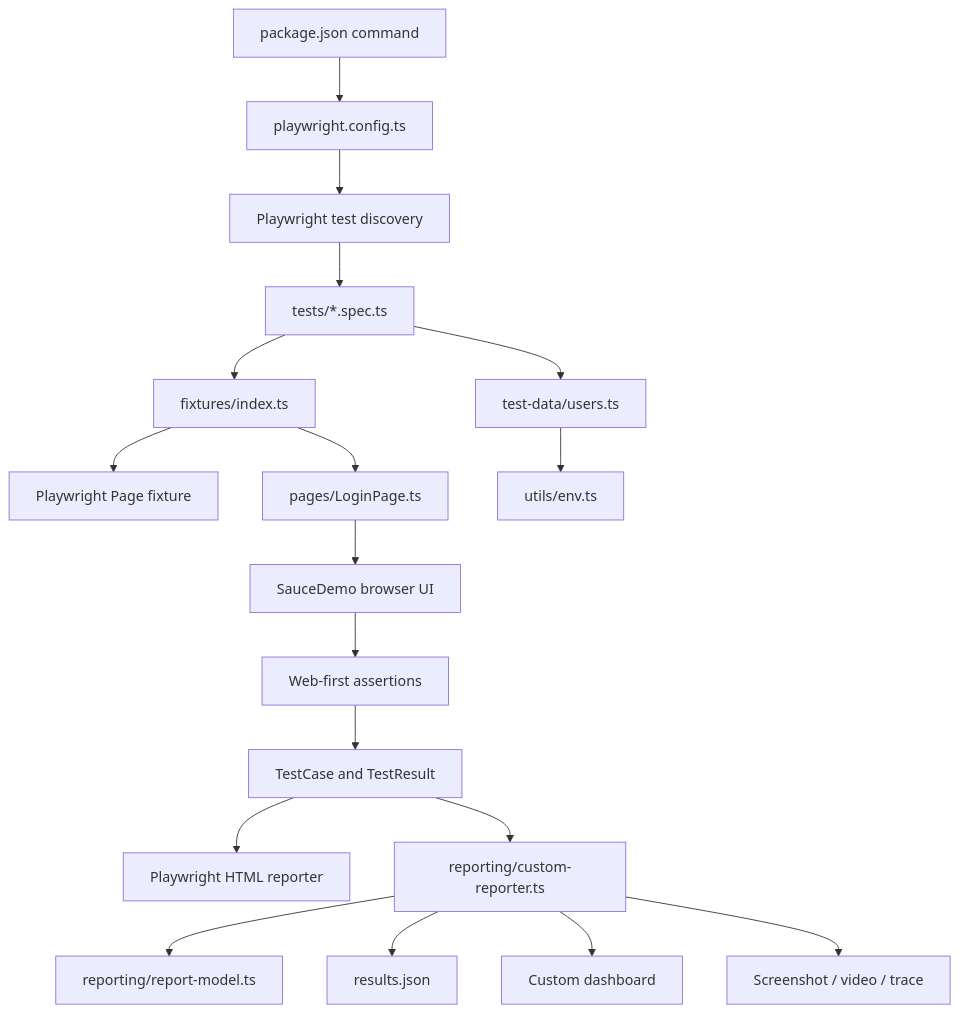
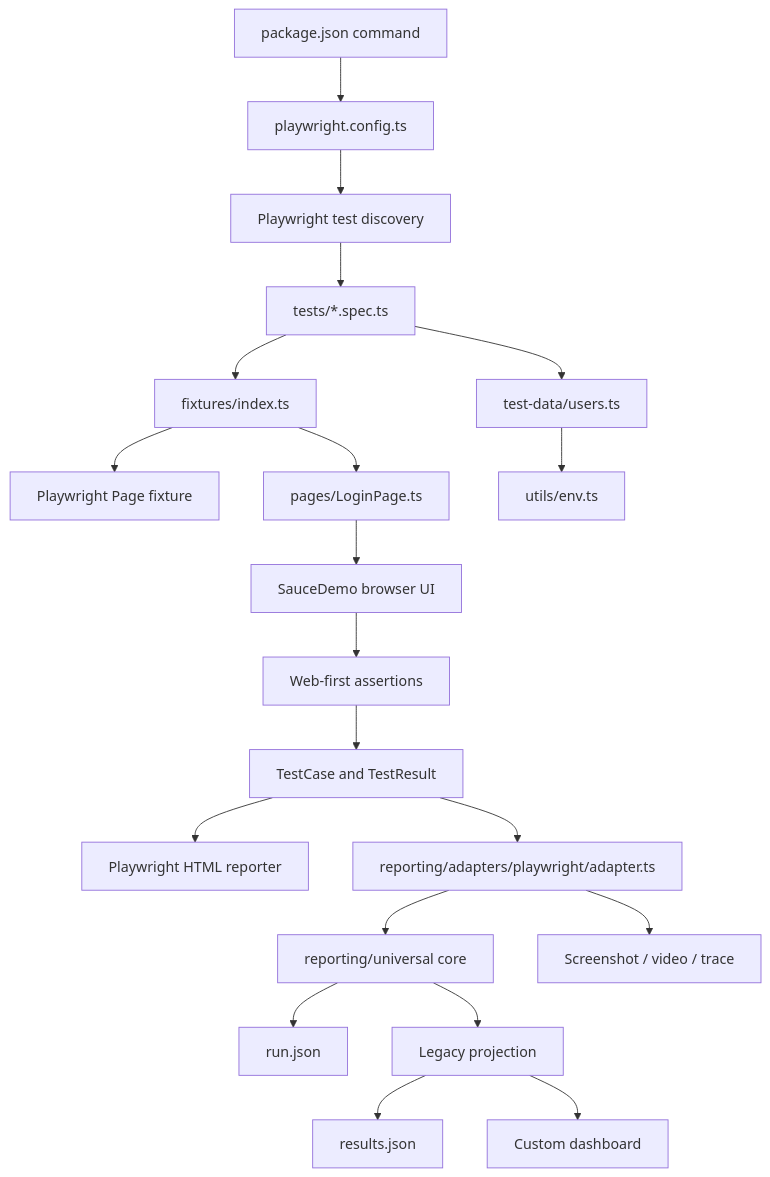
One commit to ydvgaurav1/Playwright-Tutorial changed the diagram in learning-guide/01-framework-architecture.md. Above: the diagram before and after it, drawn with Mermaid. The commit also changed other lines of this file and 3 other files, not shown here.

First line of the commit message:
docs: update reporting architecture and environment flow

````diff
--- a/learning-guide/01-framework-architecture.md
+++ b/learning-guide/01-framework-architecture.md
@@ -19,20 +19,22 @@
 ```mermaid
 flowchart TD
     CMD[package.json command] --> CFG[playwright.config.ts]
     CFG --> DISCOVERY[Playwright test discovery]
     DISCOVERY --> SPEC[tests/*.spec.ts]
     SPEC --> FIXTURE[fixtures/index.ts]
     FIXTURE --> PAGE[Playwright Page fixture]
     FIXTURE --> POM[pages/LoginPage.ts]
     SPEC --> DATA[test-data/users.ts]
     DATA --> ENV[utils/env.ts]
     POM --> APP[SauceDemo browser UI]
     APP --> ASSERT[Web-first assertions]
     ASSERT --> RESULT[TestCase and TestResult]
     RESULT --> NATIVE[Playwright HTML reporter]
-    RESULT --> CUSTOM[reporting/custom-reporter.ts]
-    CUSTOM --> MODEL[reporting/report-model.ts]
-    CUSTOM --> JSON[results.json]
-    CUSTOM --> DASH[Custom dashboard]
-    CUSTOM --> EVIDENCE[Screenshot / video / trace]
+    RESULT --> ADAPTER[reporting/adapters/playwright/adapter.ts]
+    ADAPTER --> UNIVERSAL[reporting/universal core]
+    UNIVERSAL --> RUN[run.json]
+    UNIVERSAL --> PROJECT[Legacy projection]
+    PROJECT --> JSON[results.json]
+    PROJECT --> DASH[Custom dashboard]
+    ADAPTER --> EVIDENCE[Screenshot / video / trace]
 ```
````
